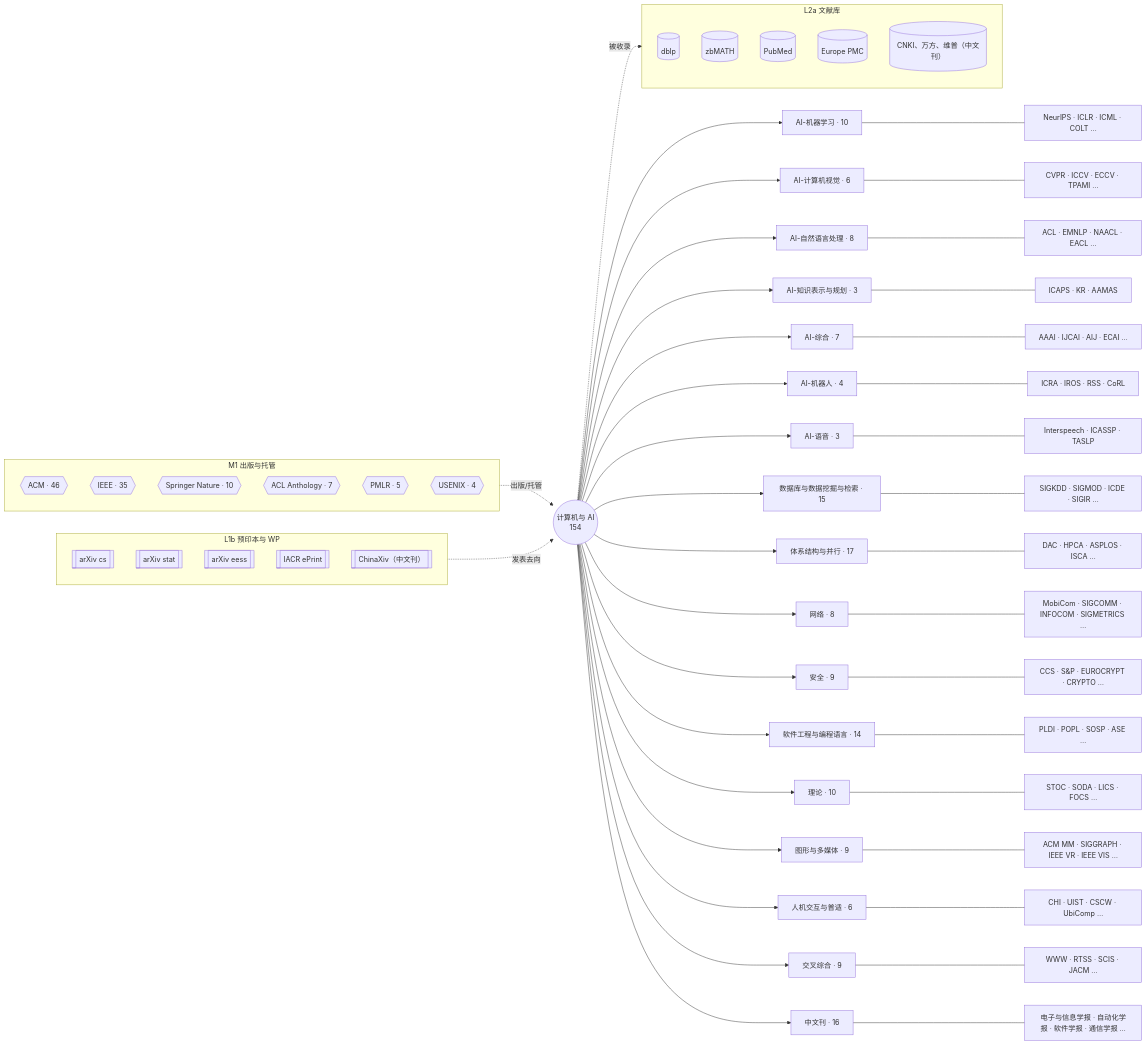
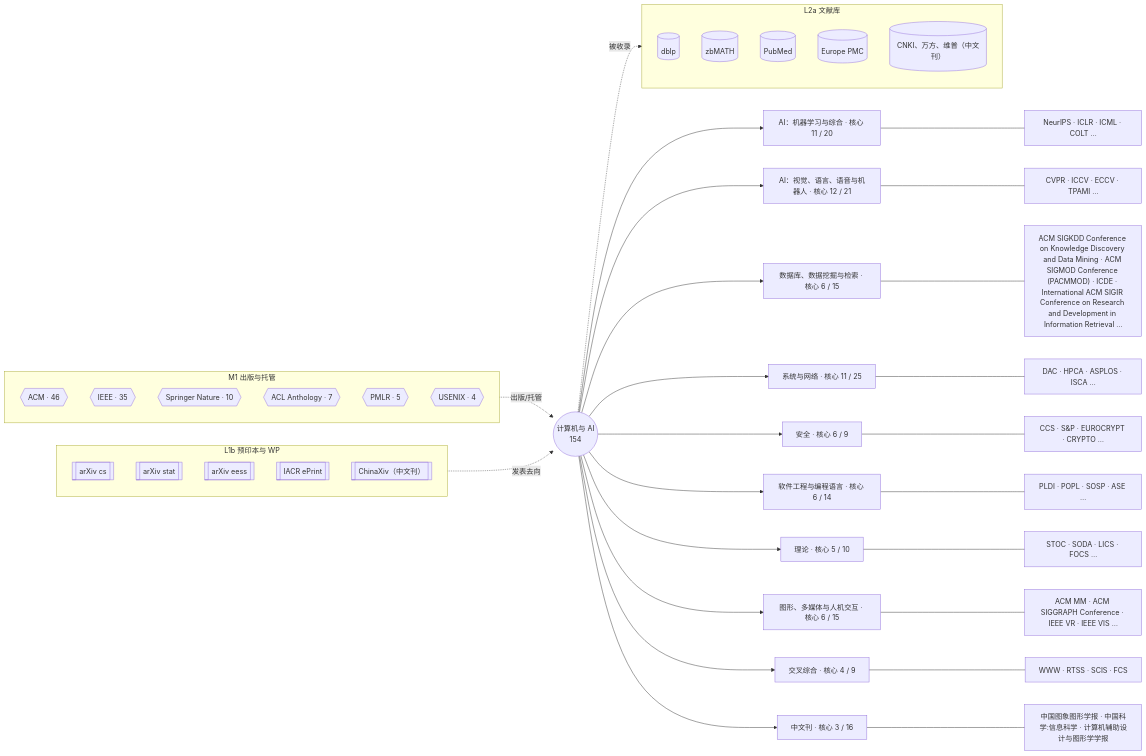
Before and after one commit to yhyfhgs/Confluo: the diagram in docs/catalog/venues/computer-science-ai.md, drawn with Mermaid. The commit also changed other lines of this file and 21 other files, not shown here.

````diff
--- a/docs/catalog/venues/computer-science-ai.md
+++ b/docs/catalog/venues/computer-science-ai.md
@@ -14,63 +14,49 @@
 ```mermaid
 flowchart LR
   D(("计算机与 AI<br/>154"))
-  D --> S0["AI-机器学习 · 10"]
+  D --> S0["AI：机器学习与综合 · 核心 11 / 20"]
   S0 --- V0["NeurIPS · ICLR · ICML · COLT …"]
-  D --> S1["AI-计算机视觉 · 6"]
+  D --> S1["AI：视觉、语言、语音与机器人 · 核心 12 / 21"]
   S1 --- V1["CVPR · ICCV · ECCV · TPAMI …"]
-  D --> S2["AI-自然语言处理 · 8"]
-  S2 --- V2["ACL · EMNLP · NAACL · EACL …"]
-  D --> S3["AI-知识表示与规划 · 3"]
-  S3 --- V3["ICAPS · KR · AAMAS"]
-  D --> S4["AI-综合 · 7"]
-  S4 --- V4["AAAI · IJCAI · AIJ · ECAI …"]
-  D --> S5["AI-机器人 · 4"]
-  S5 --- V5["ICRA · IROS · RSS · CoRL"]
-  D --> S6["AI-语音 · 3"]
-  S6 --- V6["Interspeech · ICASSP · TASLP"]
-  D --> S7["数据库与数据挖掘与检索 · 15"]
-  S7 --- V7["SIGKDD · SIGMOD · ICDE · SIGIR …"]
-  D --> S8["体系结构与并行 · 17"]
-  S8 --- V8["DAC · HPCA · ASPLOS · ISCA …"]
-  D --> S9["网络 · 8"]
-  S9 --- V9["MobiCom · SIGCOMM · INFOCOM · SIGMETRICS …"]
-  D --> S10["安全 · 9"]
-  S10 --- V10["CCS · S&P · EUROCRYPT · CRYPTO …"]
-  D --> S11["软件工程与编程语言 · 14"]
-  S11 --- V11["PLDI · POPL · SOSP · ASE …"]
-  D --> S12["理论 · 10"]
-  S12 --- V12["STOC · SODA · LICS · FOCS …"]
-  D --> S13["图形与多媒体 · 9"]
-  S13 --- V13["ACM MM · SIGGRAPH · IEEE VR · IEEE VIS …"]
-  D --> S14["人机交互与普适 · 6"]
-  S14 --- V14["CHI · UIST · CSCW · UbiComp …"]
-  D --> S15["交叉综合 · 9"]
-  S15 --- V15["WWW · RTSS · SCIS · JACM …"]
-  D --> SCN["中文刊 · 16"]
-  SCN --- VCN["电子与信息学报 · 自动化学报 · 软件学报 · 通信学报 …"]
+  D --> S2["数据库、数据挖掘与检索 · 核心 6 / 15"]
+  S2 --- V2["ACM SIGKDD Conference on Knowledge Discovery and Data Mining · ACM SIGMOD Conference (PACMMOD) · ICDE · International ACM SIGIR Conference on Research and Development in Information Retrieval …"]
+  D --> S3["系统与网络 · 核心 11 / 25"]
+  S3 --- V3["DAC · HPCA · ASPLOS · ISCA …"]
+  D --> S4["安全 · 核心 6 / 9"]
+  S4 --- V4["CCS · S&P · EUROCRYPT · CRYPTO …"]
+  D --> S5["软件工程与编程语言 · 核心 6 / 14"]
+  S5 --- V5["PLDI · POPL · SOSP · ASE …"]
+  D --> S6["理论 · 核心 5 / 10"]
+  S6 --- V6["STOC · SODA · LICS · FOCS …"]
+  D --> S7["图形、多媒体与人机交互 · 核心 6 / 15"]
+  S7 --- V7["ACM MM · ACM SIGGRAPH Conference · IEEE VR · IEEE VIS …"]
+  D --> S8["交叉综合 · 核心 4 / 9"]
+  S8 --- V8["WWW · RTSS · SCIS · FCS"]
+  D --> SCN["中文刊 · 核心 3 / 16"]
+  SCN --- VCN["中国图象图形学报 · 中国科学:信息科学 · 计算机辅助设计与图形学学报"]
   subgraph M1["M1 出版与托管"]
     P0{{"ACM · 46"}}
     P1{{"IEEE · 35"}}
     P2{{"Springer Nature · 10"}}
     P3{{"ACL Anthology · 7"}}
     P4{{"PMLR · 5"}}
     P5{{"USENIX · 4"}}
   end
   M1 -. 出版/托管 .-> D
   subgraph L2A["L2a 文献库"]
     A0[("dblp")]
     A1[("zbMATH")]
     A2[("PubMed")]
     A3[("Europe PMC")]
     A4[("CNKI、万方、维普（中文刊）")]
   end
   D -. 被收录 .-> L2A
   subgraph L1B["L1b 预印本与 WP"]
     B0[["arXiv cs"]]
     B1[["arXiv stat"]]
     B2[["arXiv eess"]]
     B3[["IACR ePrint"]]
     B4[["ChinaXiv（中文刊）"]]
   end
   L1B -. 发表去向 .-> D
 ```
````
